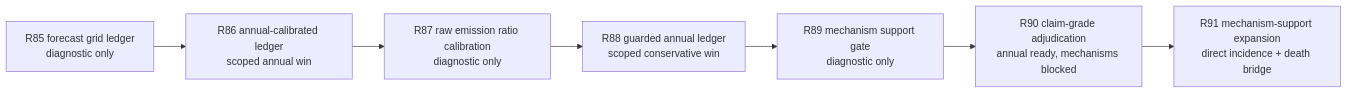
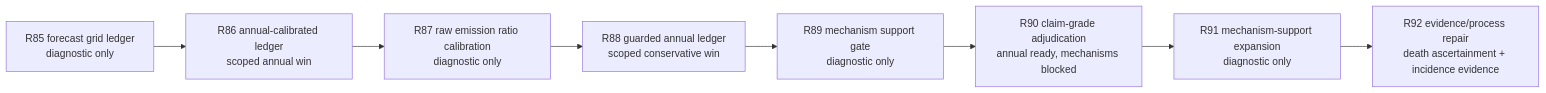
One commit to gauravshajepal-hash/ModelHIV-PH changed the fifth of 5 diagrams in README.md. Above: the diagram before and after it, drawn with Mermaid. The commit also changed other lines of this file and 4 other files, not shown here.

Commit message:
Add R91 mechanism support expansion gate

````diff
--- a/README.md
+++ b/README.md
@@ -299,9 +313,10 @@
 ```mermaid
 flowchart LR
     R85["R85 forecast grid ledger<br/>diagnostic only"] --> R86["R86 annual-calibrated ledger<br/>scoped annual win"]
     R86 --> R87["R87 raw emission ratio calibration<br/>diagnostic only"]
     R87 --> R88["R88 guarded annual ledger<br/>scoped conservative win"]
     R88 --> R89["R89 mechanism support gate<br/>diagnostic only"]
     R89 --> R90["R90 claim-grade adjudication<br/>annual ready, mechanisms blocked"]
-    R90 --> R91["R91 mechanism-support expansion<br/>direct incidence + death bridge"]
+    R90 --> R91["R91 mechanism-support expansion<br/>diagnostic only"]
+    R91 --> R92["R92 evidence/process repair<br/>death ascertainment + incidence evidence"]
 ```
````
